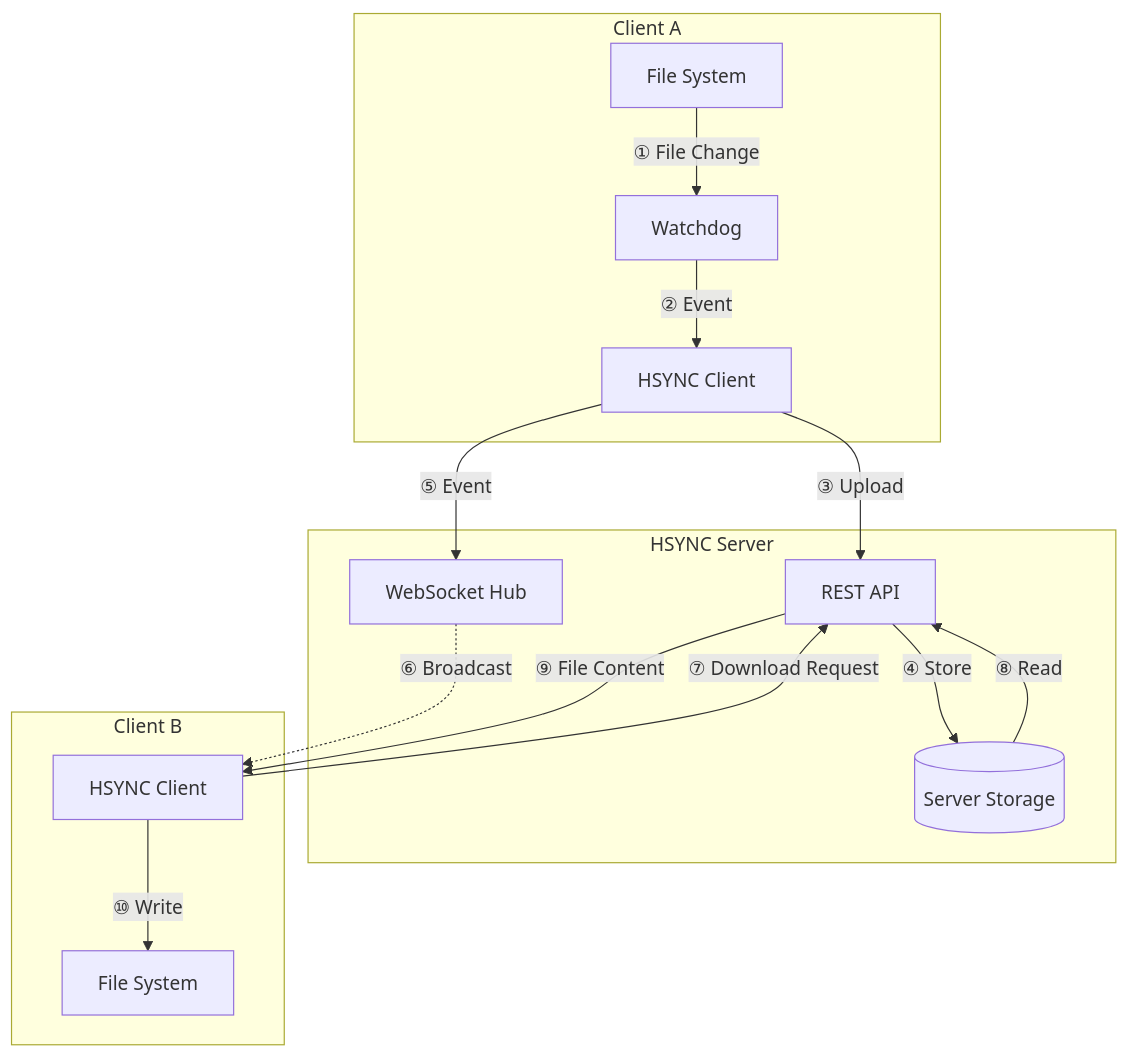
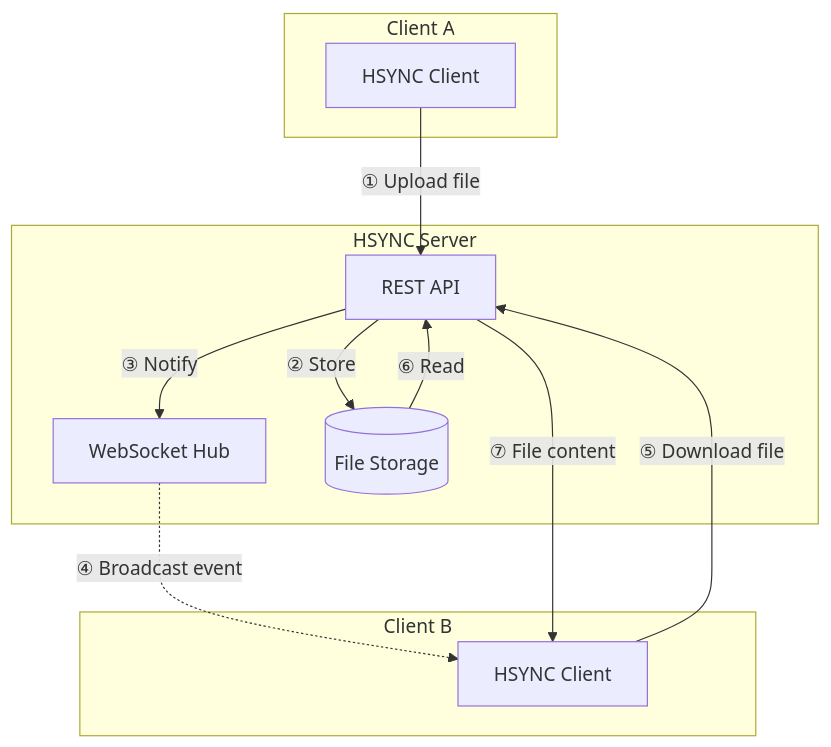
The first of 6 diagrams in docs/sync-flow.md (albertsdk/hsync-server), drawn with Mermaid before and after one commit. The commit also changed other lines of this file and 4 other files, not shown here.

Commit message:
docs: update sync-flow, README, API, architecture, and FAQ

````diff
--- a/docs/sync-flow.md
+++ b/docs/sync-flow.md
@@ -9,30 +13,24 @@
 ```mermaid
 graph TB
     subgraph "Client A"
-        FSA[File System]
-        WDA[Watchdog]
         CA[HSYNC Client]
     end
 
     subgraph "HSYNC Server"
         REST[REST API]
         WS[WebSocket Hub]
-        FSS[(Server Storage)]
+        FSS[(File Storage)]
     end
 
     subgraph "Client B"
         CB[HSYNC Client]
-        FSB[File System]
     end
 
-    FSA -->|"① File Change"| WDA
-    WDA -->|"② Event"| CA
-    CA -->|"③ Upload"| REST
-    REST -->|"④ Store"| FSS
-    CA -->|"⑤ Event"| WS
-    WS -.->|"⑥ Broadcast"| CB
-    CB -->|"⑦ Download Request"| REST
-    FSS -->|"⑧ Read"| REST
-    REST -->|"⑨ File Content"| CB
-    CB -->|"⑩ Write"| FSB
+    CA -->|"① Upload file"| REST
+    REST -->|"② Store"| FSS
+    REST -->|"③ Notify"| WS
+    WS -.->|"④ Broadcast event"| CB
+    CB -->|"⑤ Download file"| REST
+    FSS -->|"⑥ Read"| REST
+    REST -->|"⑦ File content"| CB
 ```
````
